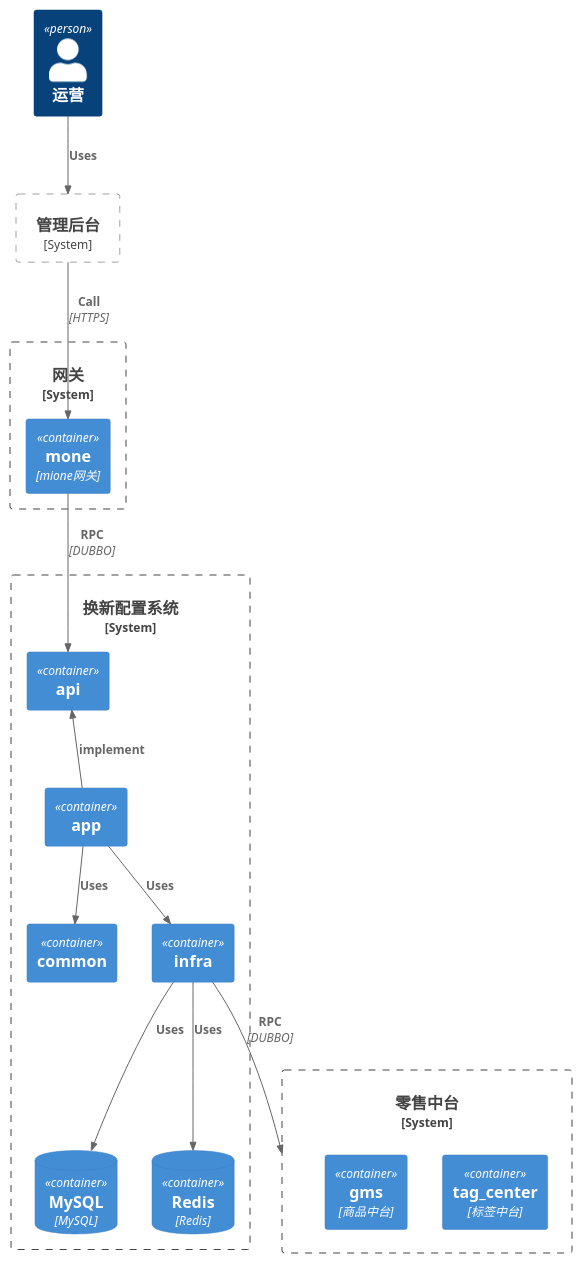
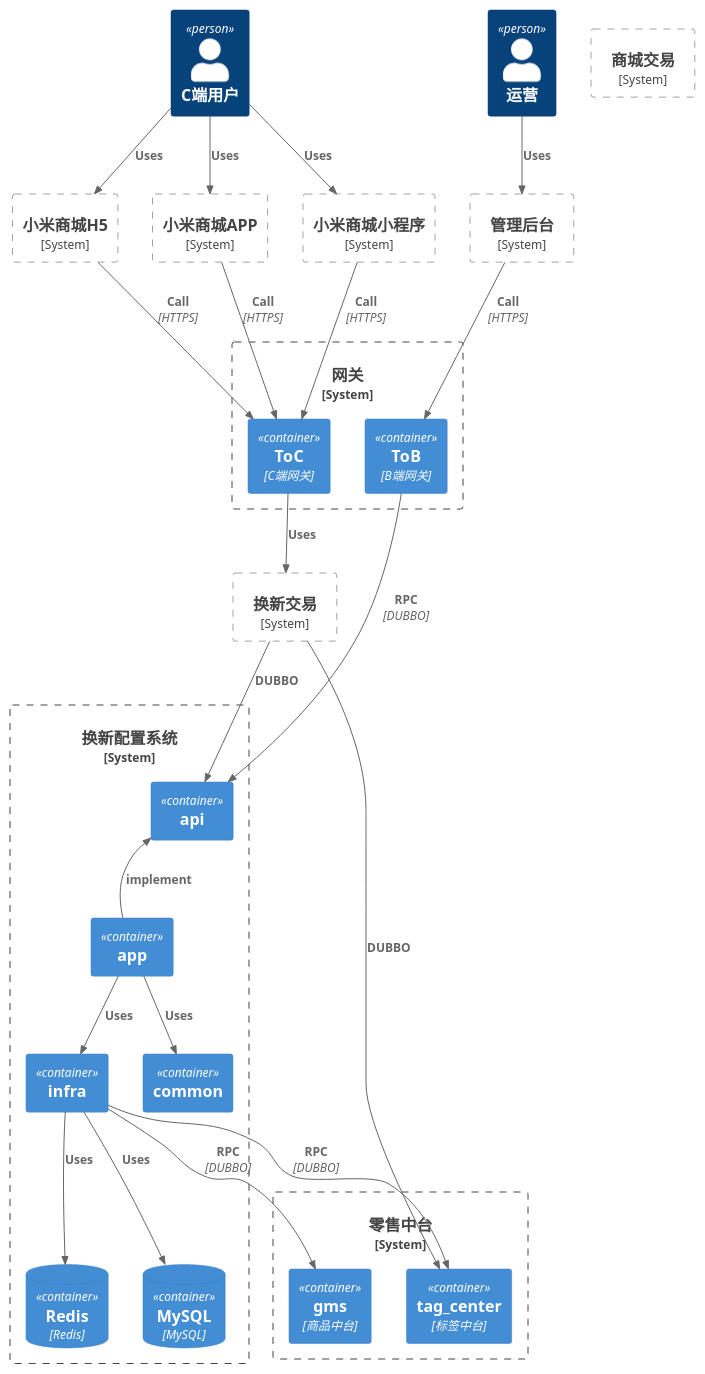
One commit to HanyuKing/learn-jdk changed the diagram in src/main/java/uml/recycle/config/Mishop_Recycle_Conf_Container.puml. Above: the diagram before and after it, drawn with PlantUML. The commit also changed 6 other files, not shown here.

Commit message:
Mishop_Recycle_Conf_Container.puml

```diff
--- a/src/main/java/uml/recycle/config/Mishop_Recycle_Conf_Container.puml
+++ b/src/main/java/uml/recycle/config/Mishop_Recycle_Conf_Container.puml
@@ -1,42 +1,70 @@
 @startuml
-!include https://raw.githubusercontent.com/plantuml-stdlib/C4-PlantUML/master/C4_Container.puml
+!include ../../C4_Container.puml
 
 Person(operator, "运营")
+Person(user, "C端用户")
 
 System_Boundary(backend, "管理后台") {
 
 }
+System_Boundary(mall_app, "小米商城APP") {
+
+}
+System_Boundary(mall_mini_program, "小米商城小程序") {
+
+}
+System_Boundary(mall_h5, "小米商城H5") {
+
+}
+System_Boundary(mall_trade, "商城交易") {
+
+}
+System_Boundary(recycle_trade, "换新交易") {
+
+}
 
 System_Boundary(gateway, "网关") {
-    Container(mone, "mone", "mione网关")
+    Container(mone, "ToB", "B端网关")
+    Container(c_mone, "ToC", "C端网关")
 }
 
 System_Boundary(mishop_recycleconf, "换新配置系统") {
     Container(api, "api")
     Container(app, "app")
     Container(common, "common")
     Container(infra, "infra")
     ContainerDb(database, "MySQL", "MySQL")
     ContainerDb(redis, "Redis", "Redis")
 }
 
 System_Boundary(middle, "零售中台") {
     Container(tag_center, "tag_center", "标签中台")
     Container(goods_center, "gms", "商品中台")
 }
 
 Rel(operator, backend, "Uses")
 Rel(backend, mone, "Call", "HTTPS")
 Rel(mone, api, "RPC", "DUBBO")
 Rel(app, api, "implement")
 Rel(app, common, "Uses")
 Rel(app, infra, "Uses")
 Rel(infra, database, "Uses")
 Rel(infra, redis, "Uses")
-Rel(infra, middle, "RPC", "DUBBO")
+Rel(infra, tag_center, "RPC", "DUBBO")
+Rel(infra, goods_center, "RPC", "DUBBO")
+
+Rel(user, mall_app, "Uses")
+Rel(user, mall_mini_program, "Uses")
+Rel(user, mall_h5, "Uses")
+Rel(mall_app, c_mone, "Call", "HTTPS")
+Rel(mall_mini_program, c_mone, "Call", "HTTPS")
+Rel(mall_h5, c_mone, "Call", "HTTPS")
+Rel(c_mone, recycle_trade, "Uses")
+Rel(recycle_trade, api, "DUBBO")
+Rel(recycle_trade, tag_center, "DUBBO")
 
 Lay_U(app, api)
 
 
 
 @enduml
```
